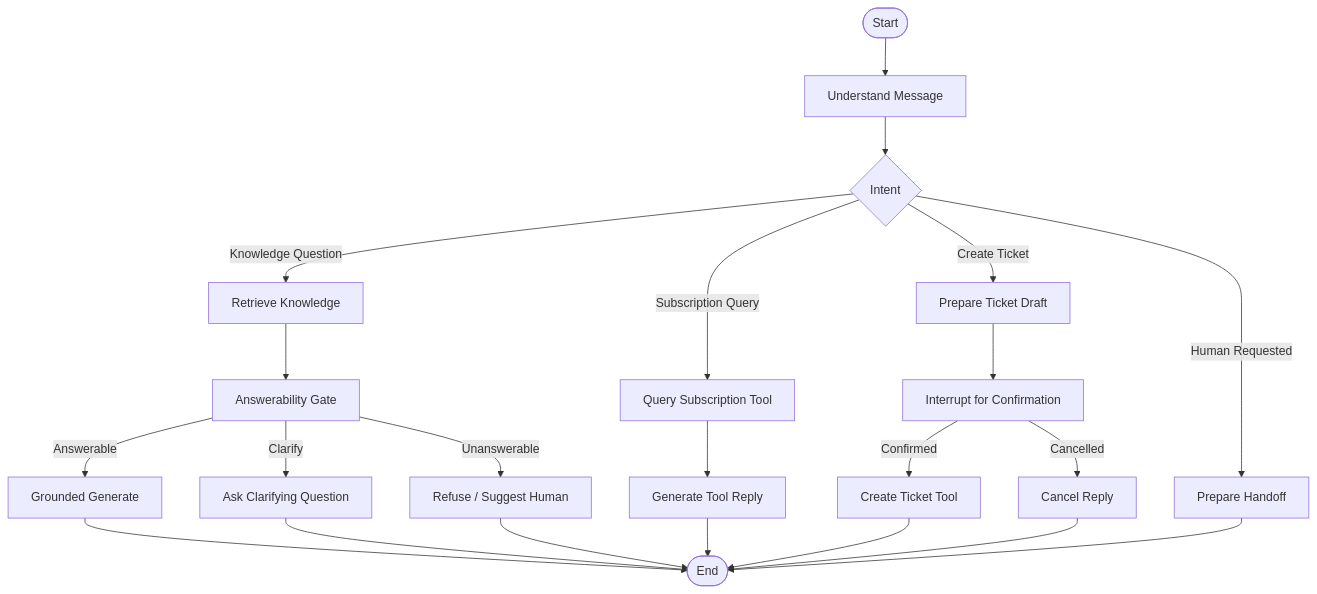
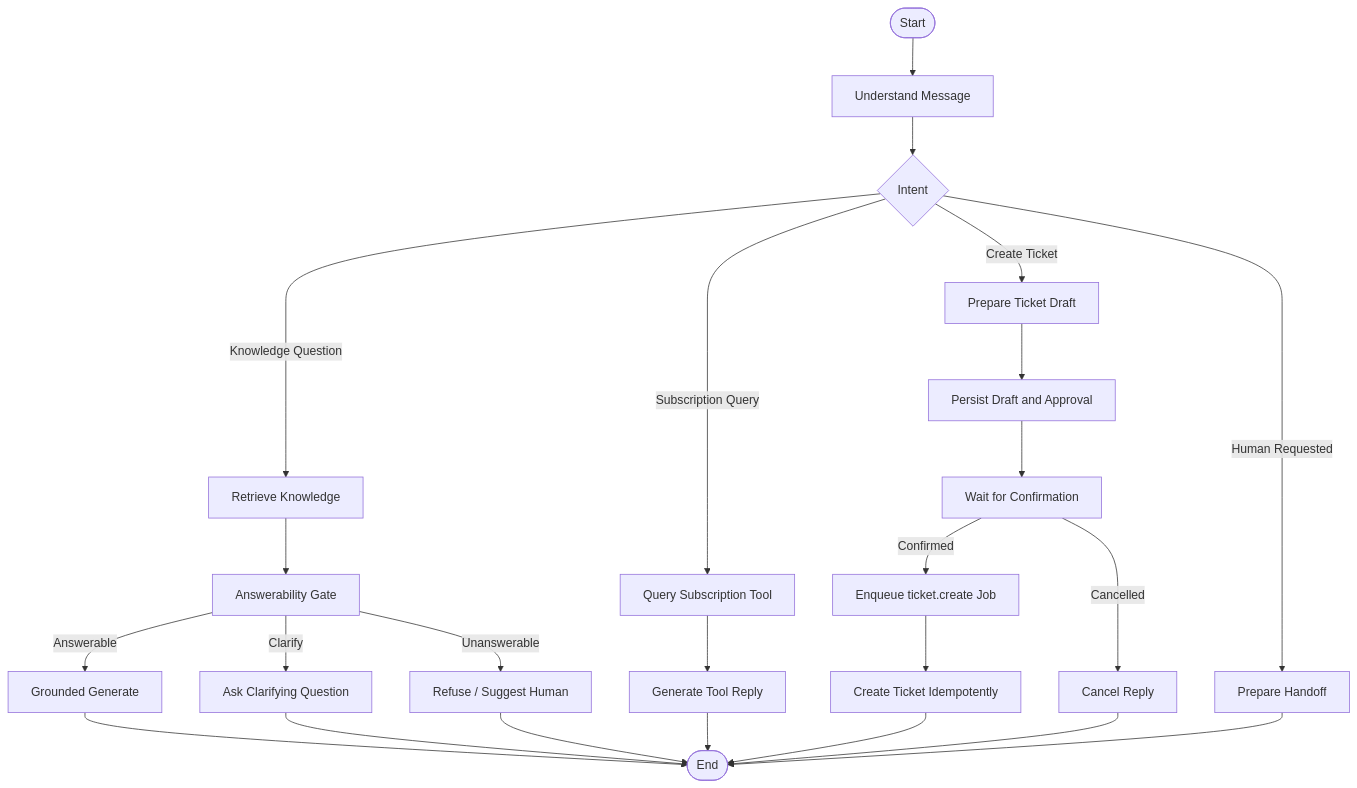
One commit to SuZeJun/agent-chat changed the second of 2 diagrams in docs/ARCHITECTURE.md. Above: the diagram before and after it, drawn with Mermaid. The commit also changed other lines of this file and 31 other files, not shown here.

````diff
--- a/docs/ARCHITECTURE.md
+++ b/docs/ARCHITECTURE.md
@@ -228,24 +229,26 @@
 ```mermaid
 flowchart TD
     Start([Start]) --> Understand[Understand Message]
     Understand --> Route{Intent}
     Route -->|Knowledge Question| Retrieve[Retrieve Knowledge]
     Retrieve --> Gate[Answerability Gate]
     Gate -->|Answerable| Generate[Grounded Generate]
     Gate -->|Clarify| Clarify[Ask Clarifying Question]
     Gate -->|Unanswerable| Fallback[Refuse / Suggest Human]
     Route -->|Subscription Query| QueryTool[Query Subscription Tool]
     QueryTool --> GenerateToolReply[Generate Tool Reply]
     Route -->|Create Ticket| Draft[Prepare Ticket Draft]
-    Draft --> Confirm[Interrupt for Confirmation]
-    Confirm -->|Confirmed| CreateTicket[Create Ticket Tool]
+    Draft --> PersistApproval[Persist Draft and Approval]
+    PersistApproval --> Confirm[Wait for Confirmation]
+    Confirm -->|Confirmed| EnqueueTicket[Enqueue ticket.create Job]
+    EnqueueTicket --> CreateTicket[Create Ticket Idempotently]
     Confirm -->|Cancelled| CancelReply[Cancel Reply]
     Route -->|Human Requested| Handoff[Prepare Handoff]
     Generate --> End([End])
     Clarify --> End
     Fallback --> End
     GenerateToolReply --> End
     CreateTicket --> End
     CancelReply --> End
     Handoff --> End
 ```
````
